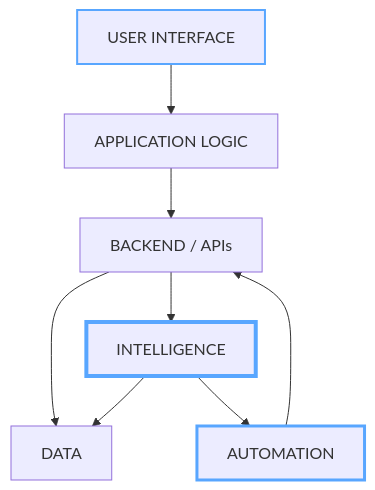
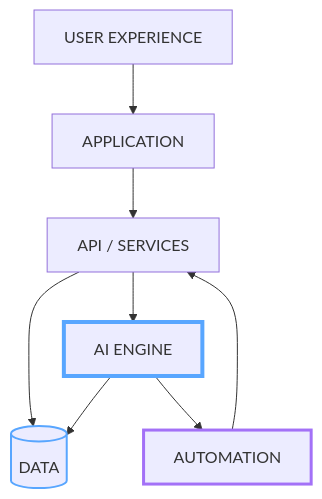
The second of 3 diagrams in README.md (Harish-ai-dev/Harish-ai-dev), drawn with Mermaid before and after one commit. The commit also changed other lines of this file, not shown here.

````diff
--- a/README.md
+++ b/README.md
@@ -322,24 +95,21 @@
-```mermaid id="s4k8q2"
+```mermaid
 flowchart TB
-
-    UI["USER INTERFACE"]
-    APP["APPLICATION LOGIC"]
-    API["BACKEND / APIs"]
-    AI["INTELLIGENCE"]
-    DATA["DATA"]
-    AUTOMATION["AUTOMATION"]
+    UI[USER EXPERIENCE]
+    APP[APPLICATION]
+    API[API / SERVICES]
+    DATA[(DATA)]
+    AI[AI ENGINE]
+    AUTO[AUTOMATION]
 
     UI --> APP
     APP --> API
+    API --> DATA
     API --> AI
-    API --> DATA
+    AI --> DATA
+    AI --> AUTO
+    AUTO --> API
 
-    AI --> DATA
-    AI --> AUTOMATION
-
-    AUTOMATION --> API
-
-    style UI stroke:#58A6FF,stroke-width:2px
-    style AI stroke:#58A6FF,stroke-width:4px
-    style AUTOMATION stroke:#58A6FF,stroke-width:3px
+    style AI stroke:#58a6ff,stroke-width:4px
+    style AUTO stroke:#a371f7,stroke-width:3px
+    style DATA stroke:#58a6ff,stroke-width:2px
 ```
````
